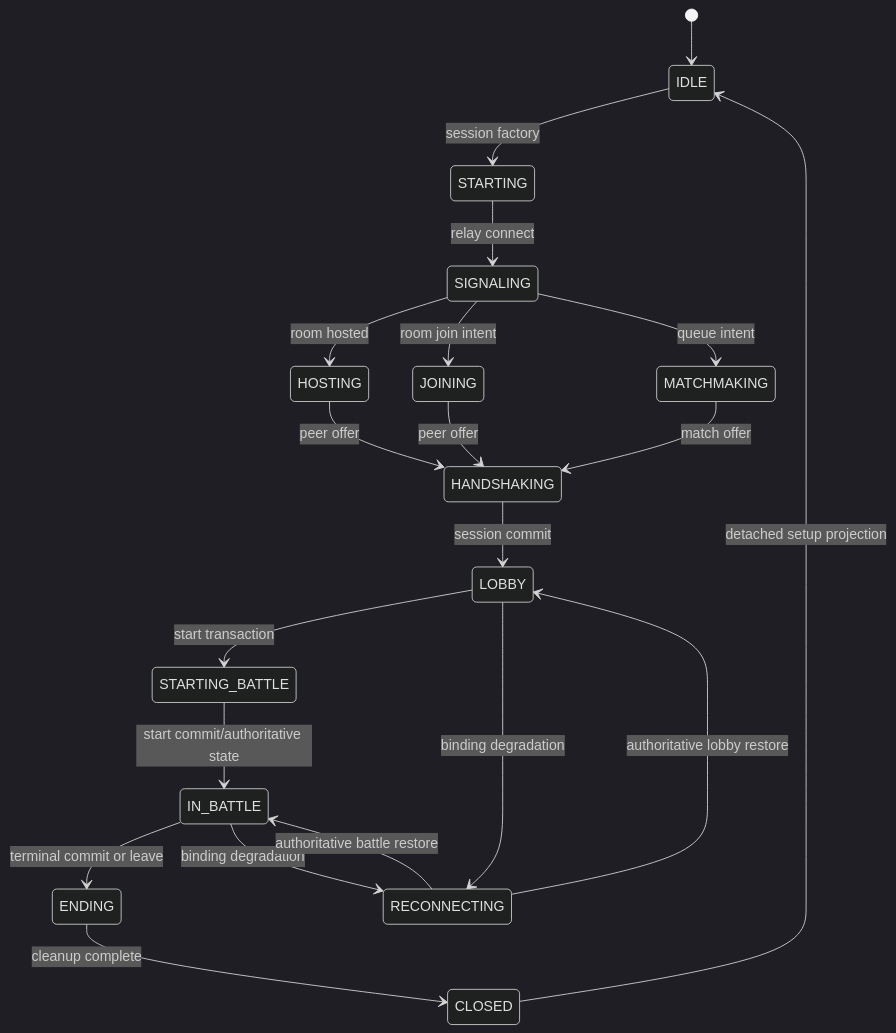
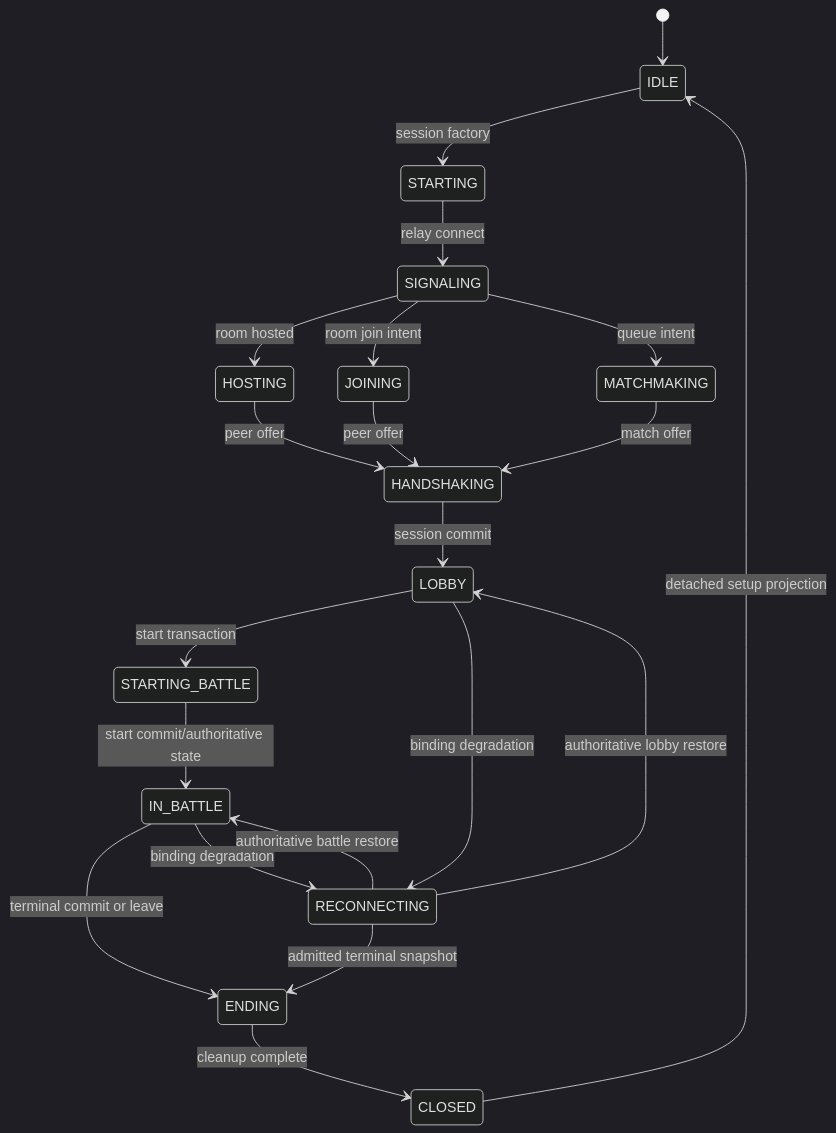
Before and after one commit to sardore/megaleague: the diagram in docs/online-authority-rebuild/CURRENT_PHASE_TRANSITION_CALL_GRAPH.md, drawn with Mermaid (dark theme). The commit also changed 6 other files, not shown here.

````diff
--- a/docs/online-authority-rebuild/CURRENT_PHASE_TRANSITION_CALL_GRAPH.md
+++ b/docs/online-authority-rebuild/CURRENT_PHASE_TRANSITION_CALL_GRAPH.md
@@ -5,22 +5,23 @@
 ```mermaid
 stateDiagram-v2
   [*] --> IDLE
   IDLE --> STARTING: session factory
   STARTING --> SIGNALING: relay connect
   SIGNALING --> HOSTING: room hosted
   SIGNALING --> JOINING: room join intent
   SIGNALING --> MATCHMAKING: queue intent
   HOSTING --> HANDSHAKING: peer offer
   JOINING --> HANDSHAKING: peer offer
   MATCHMAKING --> HANDSHAKING: match offer
   HANDSHAKING --> LOBBY: session commit
   LOBBY --> STARTING_BATTLE: start transaction
   STARTING_BATTLE --> IN_BATTLE: start commit/authoritative state
   IN_BATTLE --> ENDING: terminal commit or leave
+  RECONNECTING --> ENDING: admitted terminal snapshot
   ENDING --> CLOSED: cleanup complete
   CLOSED --> IDLE: detached setup projection
   LOBBY --> RECONNECTING: binding degradation
   IN_BATTLE --> RECONNECTING: binding degradation
   RECONNECTING --> LOBBY: authoritative lobby restore
   RECONNECTING --> IN_BATTLE: authoritative battle restore
 ```
````
